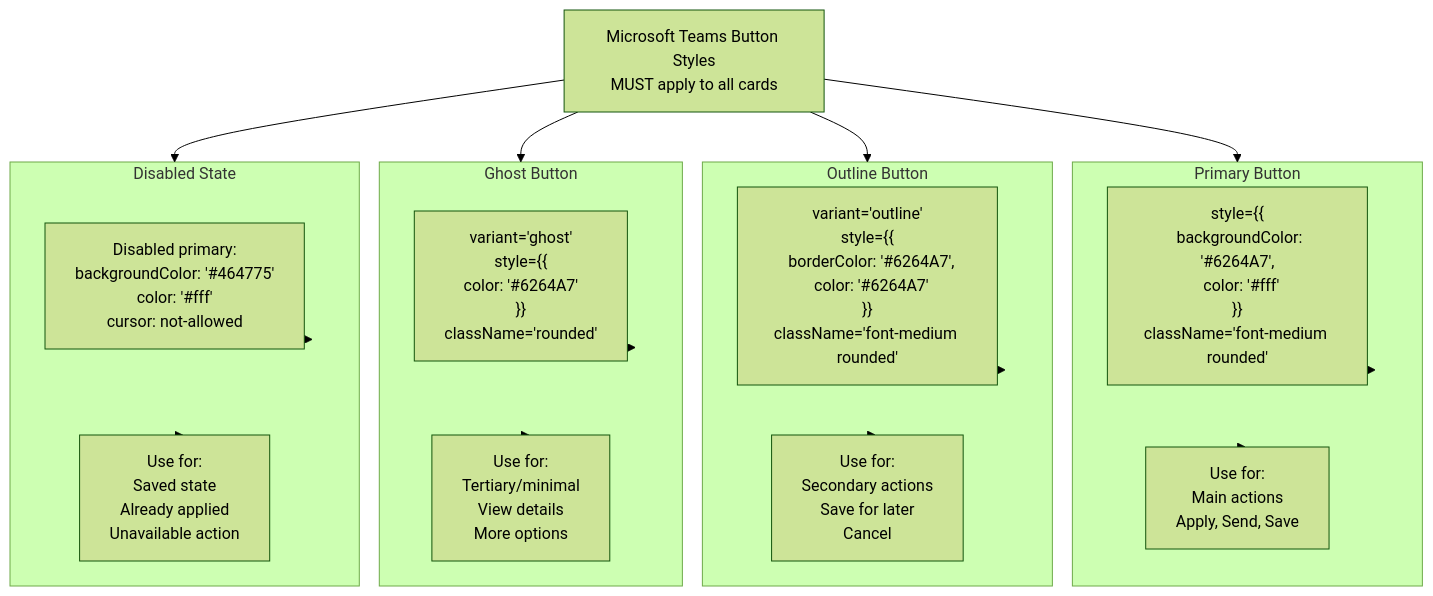
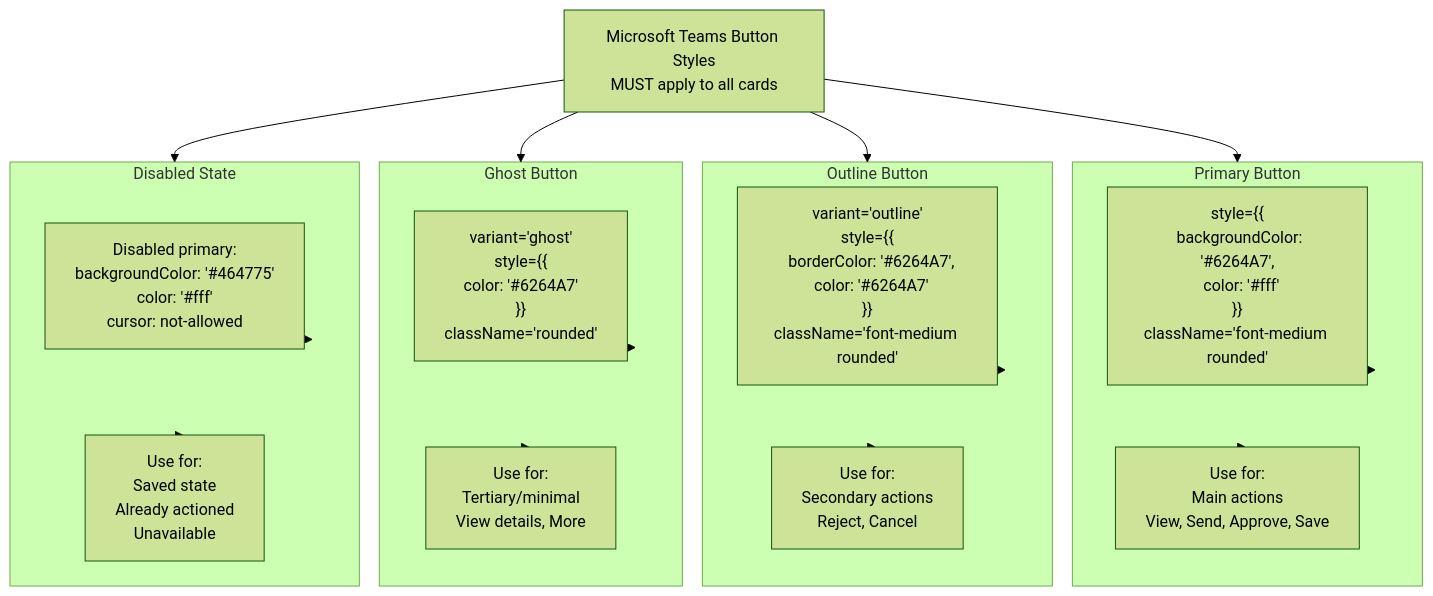
Before and after one commit to savipk/autochat: the eighth of 10 diagrams in docs/architecture/09-ui-component-tree.md, drawn with Mermaid (forest theme). The commit also changed other lines of this file and 27 other files, not shown here.

````diff
--- a/docs/architecture/09-ui-component-tree.md
+++ b/docs/architecture/09-ui-component-tree.md
@@ -285,41 +258,41 @@
 ```mermaid
 graph TB
     TeamsStyleGuide["Microsoft Teams Button Styles<br/>MUST apply to all cards"]
 
     subgraph Primary["Primary Button"]
         PrimaryCode["style={{<br/>  backgroundColor: '#6264A7',<br/>  color: '#fff'<br/>}}<br/>className='font-medium rounded'"]
-        PrimaryUse["Use for:<br/>Main actions<br/>Apply, Send, Save"]
+        PrimaryUse["Use for:<br/>Main actions<br/>View, Send, Approve, Save"]
     end
 
     subgraph Outline["Outline Button"]
         OutlineCode["variant='outline'<br/>style={{<br/>  borderColor: '#6264A7',<br/>  color: '#6264A7'<br/>}}<br/>className='font-medium rounded'"]
-        OutlineUse["Use for:<br/>Secondary actions<br/>Save for later<br/>Cancel"]
+        OutlineUse["Use for:<br/>Secondary actions<br/>Reject, Cancel"]
     end
 
     subgraph Ghost["Ghost Button"]
         GhostCode["variant='ghost'<br/>style={{<br/>  color: '#6264A7'<br/>}}<br/>className='rounded'"]
-        GhostUse["Use for:<br/>Tertiary/minimal<br/>View details<br/>More options"]
+        GhostUse["Use for:<br/>Tertiary/minimal<br/>View details, More"]
     end
 
     subgraph Disabled["Disabled State"]
         DisabledCode["Disabled primary:<br/>backgroundColor: '#464775'<br/>color: '#fff'<br/>cursor: not-allowed"]
-        DisabledUse["Use for:<br/>Saved state<br/>Already applied<br/>Unavailable action"]
+        DisabledUse["Use for:<br/>Saved state<br/>Already actioned<br/>Unavailable"]
     end
 
     TeamsStyleGuide --> Primary
     TeamsStyleGuide --> Outline
     TeamsStyleGuide --> Ghost
     TeamsStyleGuide --> Disabled
 
     Primary --> PrimaryCode
     Primary --> PrimaryUse
 
     Outline --> OutlineCode
     Outline --> OutlineUse
 
     Ghost --> GhostCode
     Ghost --> GhostUse
 
     Disabled --> DisabledCode
     Disabled --> DisabledUse
 ```
````
